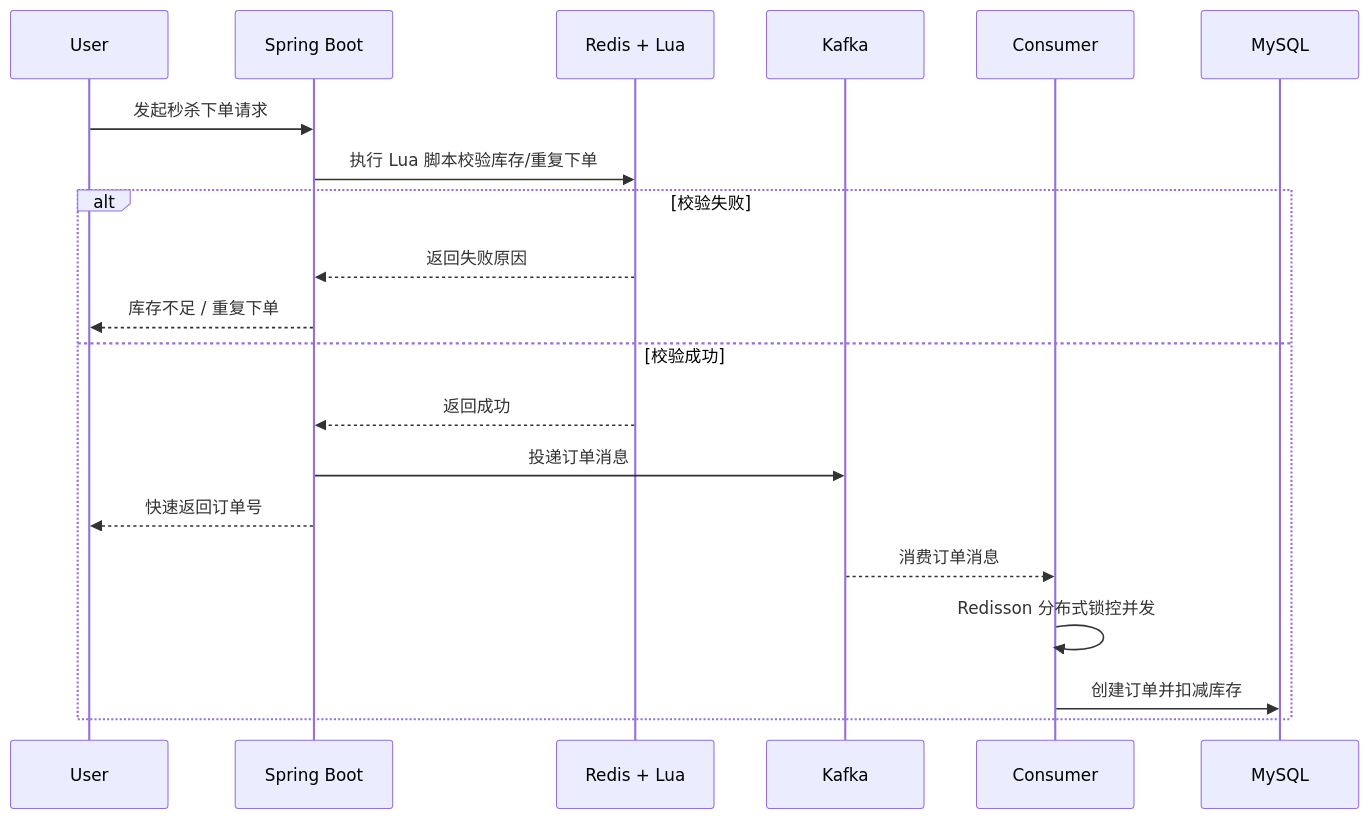
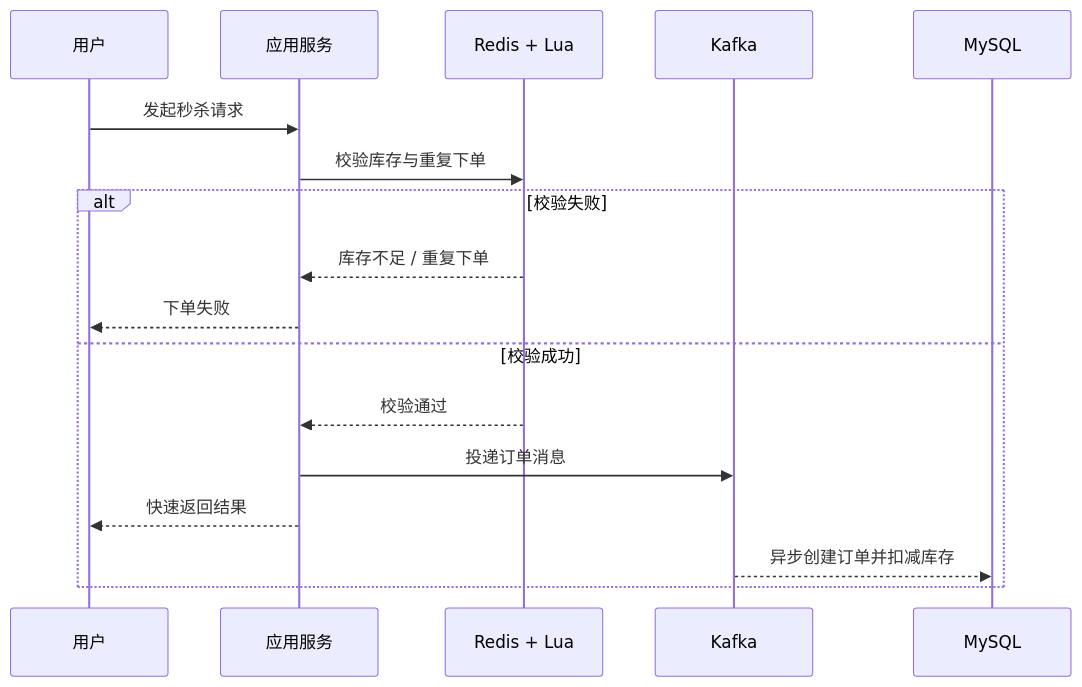
Before and after one commit to liang396/Rjsj: the second of 2 diagrams in README.md, drawn with Mermaid. The commit also changed other lines of this file, not shown here.

````diff
--- a/README.md
+++ b/README.md
@@ -46,23 +47,20 @@
 ```mermaid
 sequenceDiagram
-    participant U as User
-    participant APP as Spring Boot
+    participant U as 用户
+    participant APP as 应用服务
     participant R as Redis + Lua
     participant K as Kafka
-    participant C as Consumer
     participant DB as MySQL
 
-    U->>APP: 发起秒杀下单请求
-    APP->>R: 执行 Lua 脚本校验库存/重复下单
+    U->>APP: 发起秒杀请求
+    APP->>R: 校验库存与重复下单
     alt 校验失败
-        R-->>APP: 返回失败原因
-        APP-->>U: 库存不足 / 重复下单
+        R-->>APP: 库存不足 / 重复下单
+        APP-->>U: 下单失败
     else 校验成功
-        R-->>APP: 返回成功
+        R-->>APP: 校验通过
         APP->>K: 投递订单消息
-        APP-->>U: 快速返回订单号
-        K-->>C: 消费订单消息
-        C->>C: Redisson 分布式锁控并发
-        C->>DB: 创建订单并扣减库存
+        APP-->>U: 快速返回结果
+        K-->>DB: 异步创建订单并扣减库存
     end
 ```
````
